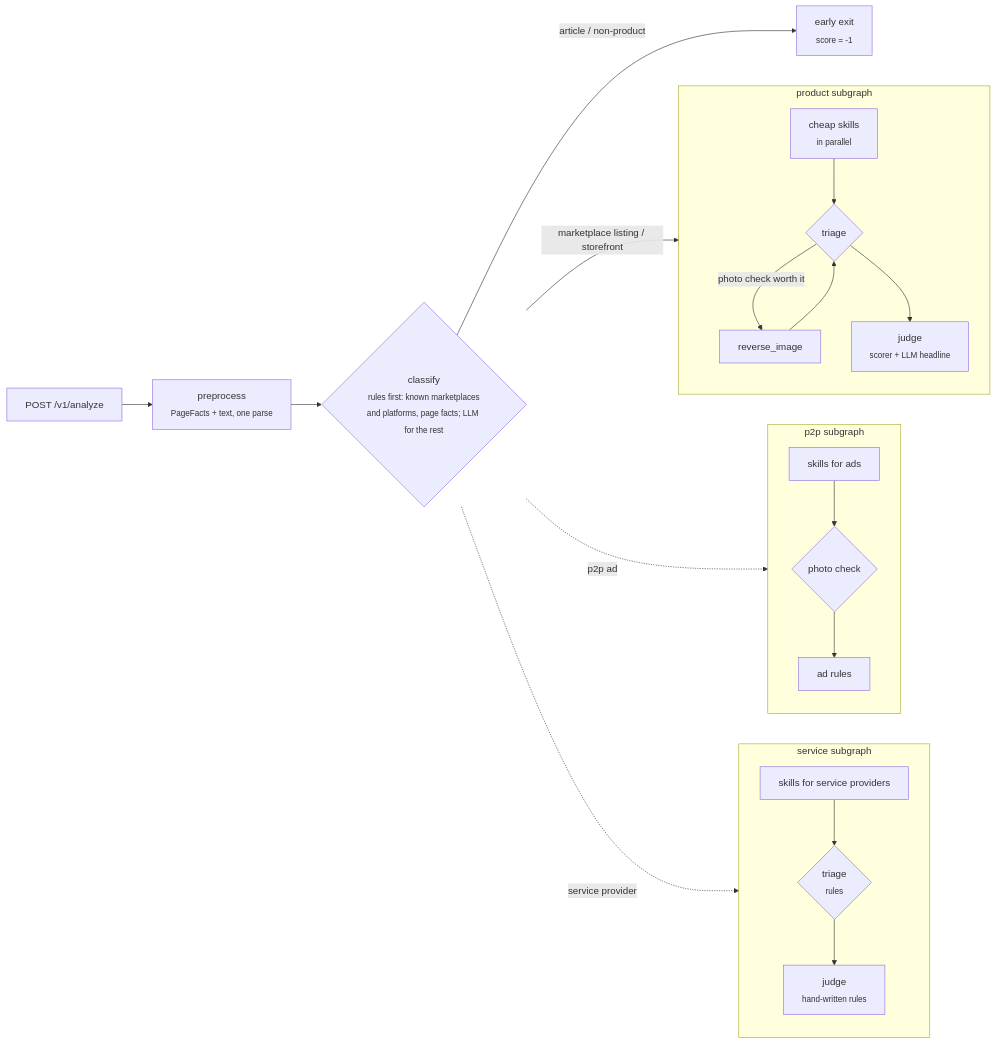
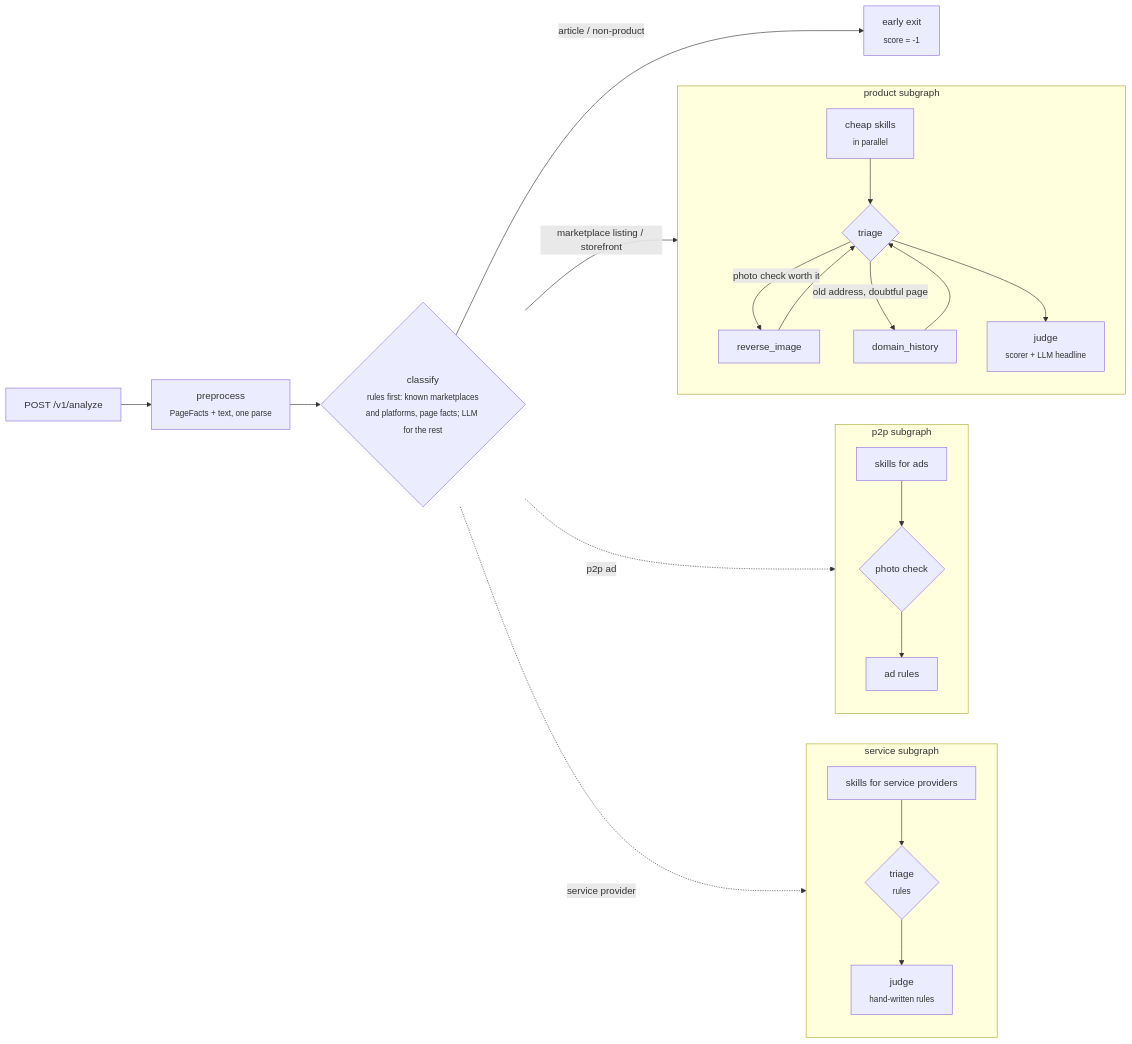
Before and after one commit to kroshtan/unfret_backend: the diagram in README.md, drawn with Mermaid. The commit also changed other lines of this file and 24 other files, not shown here.

````diff
--- a/README.md
+++ b/README.md
@@ -164,19 +164,20 @@
 ```mermaid
 flowchart LR
     A[POST /v1/analyze] --> P[preprocess<br/><sub>PageFacts + text, one parse</sub>]
     P --> C{classify<br/><sub>rules first: known marketplaces<br/>and platforms, page facts; LLM for the rest</sub>}
     C -- article / non-product --> X[early exit<br/><sub>score = -1</sub>]
     C -- marketplace listing / storefront --> PR
     C -. p2p ad .-> PP
     C -. service provider .-> SV
     subgraph PR [product subgraph]
         S[cheap skills<br/><sub>in parallel</sub>] --> T{triage} -- photo check worth it --> R[reverse_image] --> T
+        T -- old address, doubtful page --> H[domain_history] --> T
         T --> J[judge<br/><sub>scorer + LLM headline</sub>]
     end
     subgraph PP [p2p subgraph]
         S2[skills for ads] --> T2{photo check} --> J2[ad rules]
     end
     subgraph SV [service subgraph]
         S3[skills for service providers] --> T3{triage<br/><sub>rules</sub>} --> J3[judge<br/><sub>hand-written rules</sub>]
     end
 ```
````
